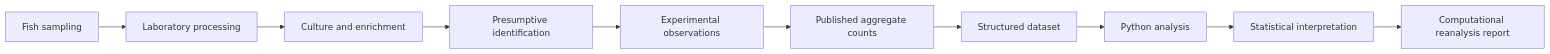
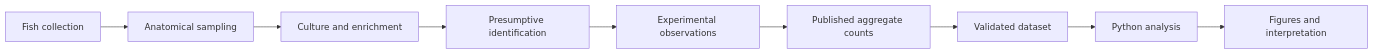
The diagram in README.md (tharuniya26/kelani-river-foodborne-pathogen-surveillance), drawn with Mermaid before and after one commit. The commit also changed other lines of this file and 14 other files, not shown here.

````diff
--- a/README.md
+++ b/README.md
@@ -40,12 +55,11 @@
 ```mermaid
 flowchart LR
-    A[Fish sampling] --> B[Laboratory processing]
+    A[Fish collection] --> B[Anatomical sampling]
     B --> C[Culture and enrichment]
     C --> D[Presumptive identification]
     D --> E[Experimental observations]
     E --> F[Published aggregate counts]
-    F --> G[Structured dataset]
+    F --> G[Validated dataset]
     G --> H[Python analysis]
-    H --> I[Statistical interpretation]
-    I --> J[Computational reanalysis report]
+    H --> I[Figures and interpretation]
 ```
````
